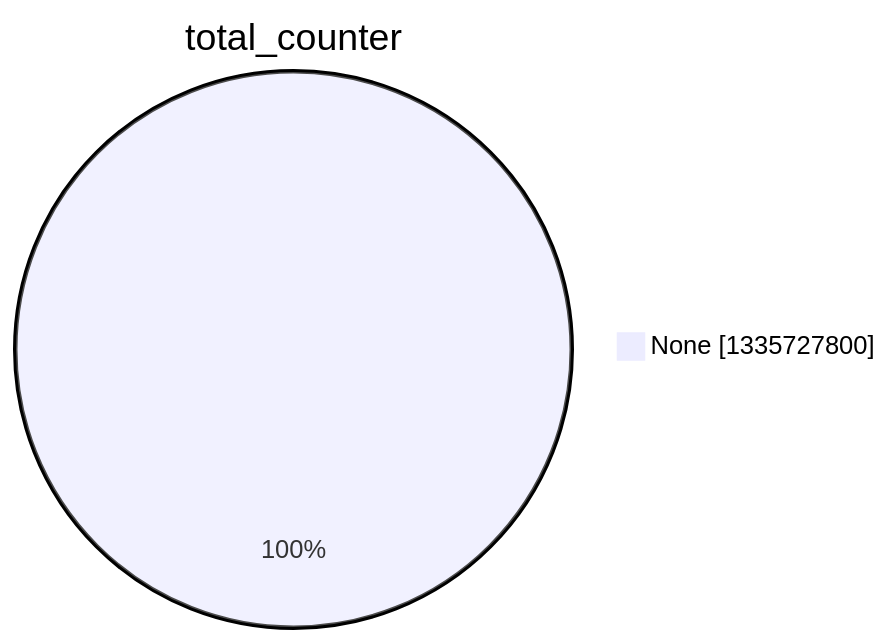
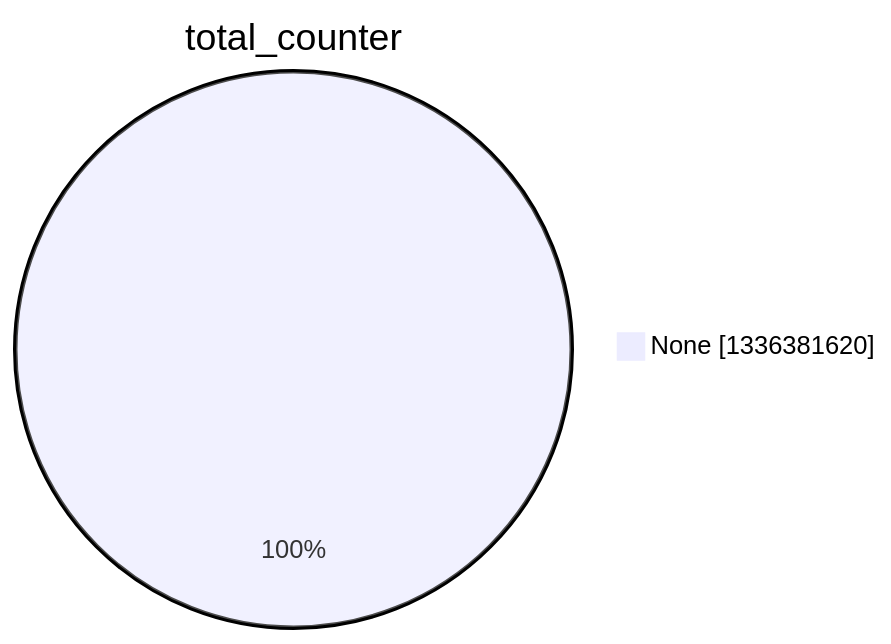
The second of 15 diagrams in argon2022/README.md (christiankrug/ctmonitor_visualization), drawn with Mermaid before and after one commit. The commit also changed other lines of this file, not shown here.

````diff
--- a/argon2022/README.md
+++ b/argon2022/README.md
@@ -9,5 +9,5 @@
 ```mermaid
 pie showData
 title total_counter
-"None" :1335727800
+"None" :1336381620
 ```
````
